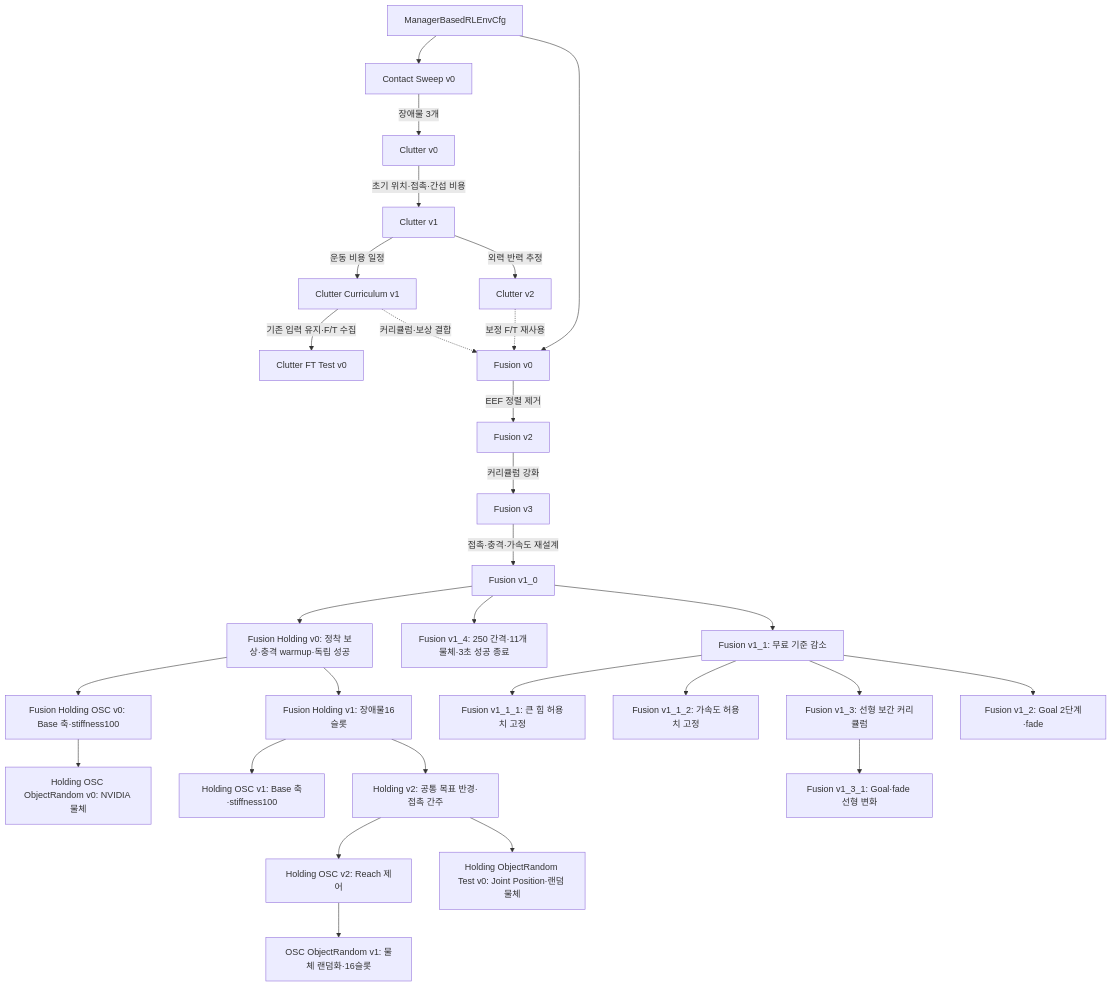
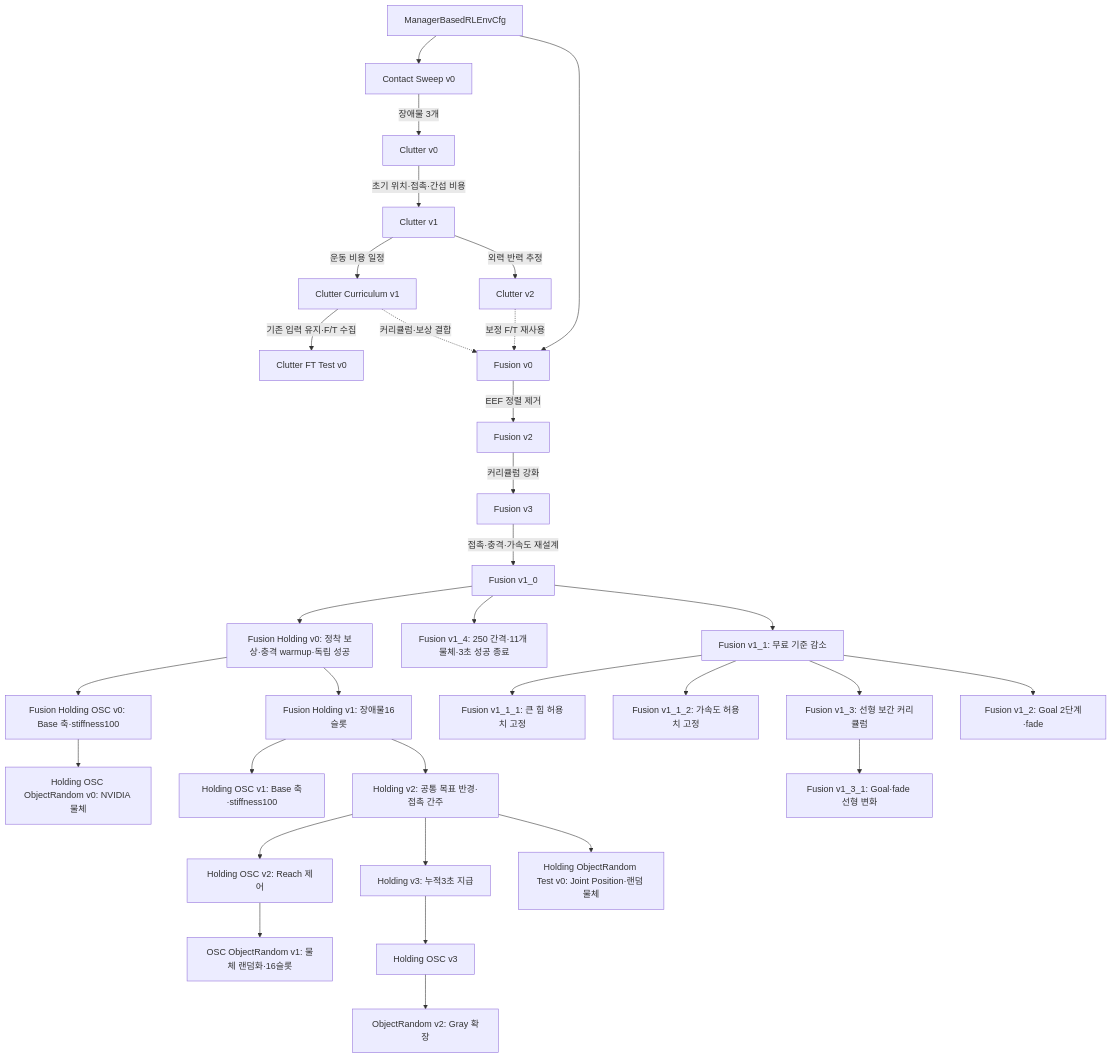
Before and after one commit to 7cmdehdrb/Contact-Rich-Manipulation-Context: the fourth of 4 diagrams in 02_implementation/environments/ENVIRONMENT_EVOLUTION.md, drawn with Mermaid. The commit also changed other lines of this file and 11 other files, not shown here.

First line of the commit message:
feat: Update environment documentation and logs for ObjectRandom-v2 and Holding v3

````diff
--- a/02_implementation/environments/ENVIRONMENT_EVOLUTION.md
+++ b/02_implementation/environments/ENVIRONMENT_EVOLUTION.md
@@ -115,42 +115,45 @@
 ```mermaid
 flowchart TD
     M["ManagerBasedRLEnvCfg"]
     C["Contact Sweep v0"]
     C0["Clutter v0"]
     C1["Clutter v1"]
     CC["Clutter Curriculum v1"]
     C2["Clutter v2"]
     FT["Clutter FT Test v0"]
     F0["Fusion v0"]
     F2["Fusion v2"]
     F3["Fusion v3"]
     F10["Fusion v1_0"]
     F10 --> FH["Fusion Holding v0: 정착 보상·충격 warmup·독립 성공"]
     FH --> FHO["Fusion Holding OSC v0: Base 축·stiffness100"]
     FHO --> FHOR["Holding OSC ObjectRandom v0: NVIDIA 물체"]
     FH --> FH1["Fusion Holding v1: 장애물16슬롯"]
     FH1 --> FHO1["Holding OSC v1: Base 축·stiffness100"]
     FH1 --> FH2["Holding v2: 공통 목표 반경·접촉 간주"]
     FH2 --> FHO2["Holding OSC v2: Reach 제어"]
+    FH2 --> FH3["Holding v3: 누적3초 지급"]
+    FH3 --> FHO3["Holding OSC v3"]
+    FHO3 --> FHOR2["ObjectRandom v2: Gray 확장"]
     FH2 --> FHJRT["Holding ObjectRandom Test v0: Joint Position·랜덤 물체"]
     FHO2 --> FHOR1["OSC ObjectRandom v1: 물체 랜덤화·16슬롯"]
     F10 --> F14["Fusion v1_4: 250 간격·11개 물체·3초 성공 종료"]
     F10 --> F11["Fusion v1_1: 무료 기준 감소"]
     F11 --> F111["Fusion v1_1_1: 큰 힘 허용치 고정"]
     F11 --> F112["Fusion v1_1_2: 가속도 허용치 고정"]
     F11 --> F13["Fusion v1_3: 선형 보간 커리큘럼"]
     F13 --> F131["Fusion v1_3_1: Goal·fade 선형 변화"]
     F11 --> F12["Fusion v1_2: Goal 2단계·fade"]
     M --> C
     C -->|"장애물 3개"| C0
     C0 -->|"초기 위치·접촉·간섭 비용"| C1
     C1 -->|"운동 비용 일정"| CC
     C1 -->|"외력 반력 추정"| C2
     CC -->|"기존 입력 유지·F/T 수집"| FT
     M --> F0
     CC -. "커리큘럼·보상 결합" .-> F0
     C2 -. "보정 F/T 재사용" .-> F0
     F0 -->|"EEF 정렬 제거"| F2
     F2 -->|"커리큘럼 강화"| F3
     F3 -->|"접촉·충격·가속도 재설계"| F10
 ```
````
